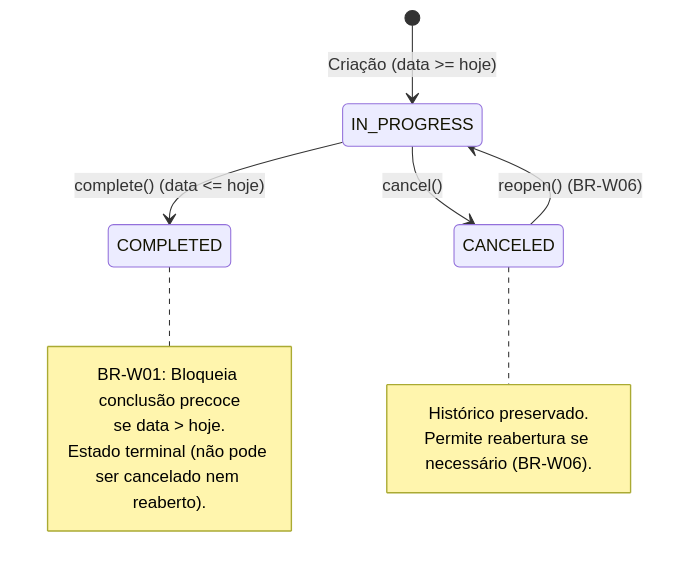
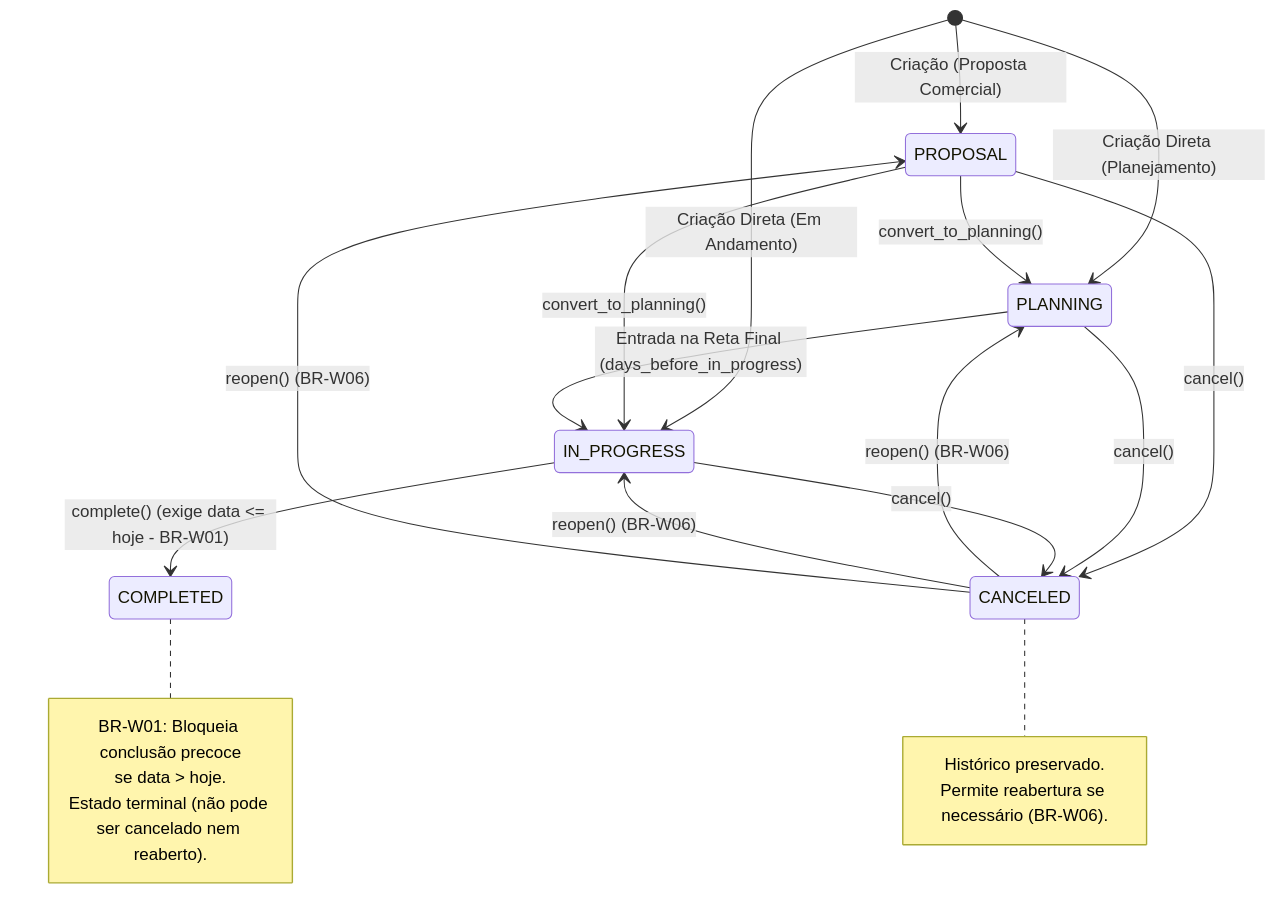
One commit to Rafaelp122/wedding_management changed the diagram in docs/architecture/business-rules/weddings/wedding-status-lifecycle.md. Above: the diagram before and after it, drawn with Mermaid. The commit also changed other lines of this file and 433 other files, not shown here.

````diff
--- a/docs/architecture/business-rules/weddings/wedding-status-lifecycle.md
+++ b/docs/architecture/business-rules/weddings/wedding-status-lifecycle.md
@@ -48,18 +55,27 @@
 ```mermaid
 stateDiagram-v2
-    [*] --> IN_PROGRESS : Criação (data >= hoje)
-    IN_PROGRESS --> COMPLETED : complete() (data <= hoje)
+    [*] --> PROPOSAL : Criação (Proposta Comercial)
+    [*] --> PLANNING : Criação Direta (Planejamento)
+    [*] --> IN_PROGRESS : Criação Direta (Em Andamento)
+    PROPOSAL --> PLANNING : convert_to_planning()
+    PROPOSAL --> IN_PROGRESS : convert_to_planning()
+    PROPOSAL --> CANCELED : cancel()
+    PLANNING --> IN_PROGRESS : Entrada na Reta Final (days_before_in_progress)
+    PLANNING --> CANCELED : cancel()
+    IN_PROGRESS --> COMPLETED : complete() (exige data <= hoje - BR-W01)
     IN_PROGRESS --> CANCELED : cancel()
+    CANCELED --> PLANNING : reopen() (BR-W06)
     CANCELED --> IN_PROGRESS : reopen() (BR-W06)
+    CANCELED --> PROPOSAL : reopen() (BR-W06)
 
     note right of COMPLETED
         BR-W01: Bloqueia conclusão precoce
         se data > hoje.
         Estado terminal (não pode ser cancelado nem reaberto).
     end note
 
     note right of CANCELED
         Histórico preservado.
         Permite reabertura se necessário (BR-W06).
     end note
 ```
````
